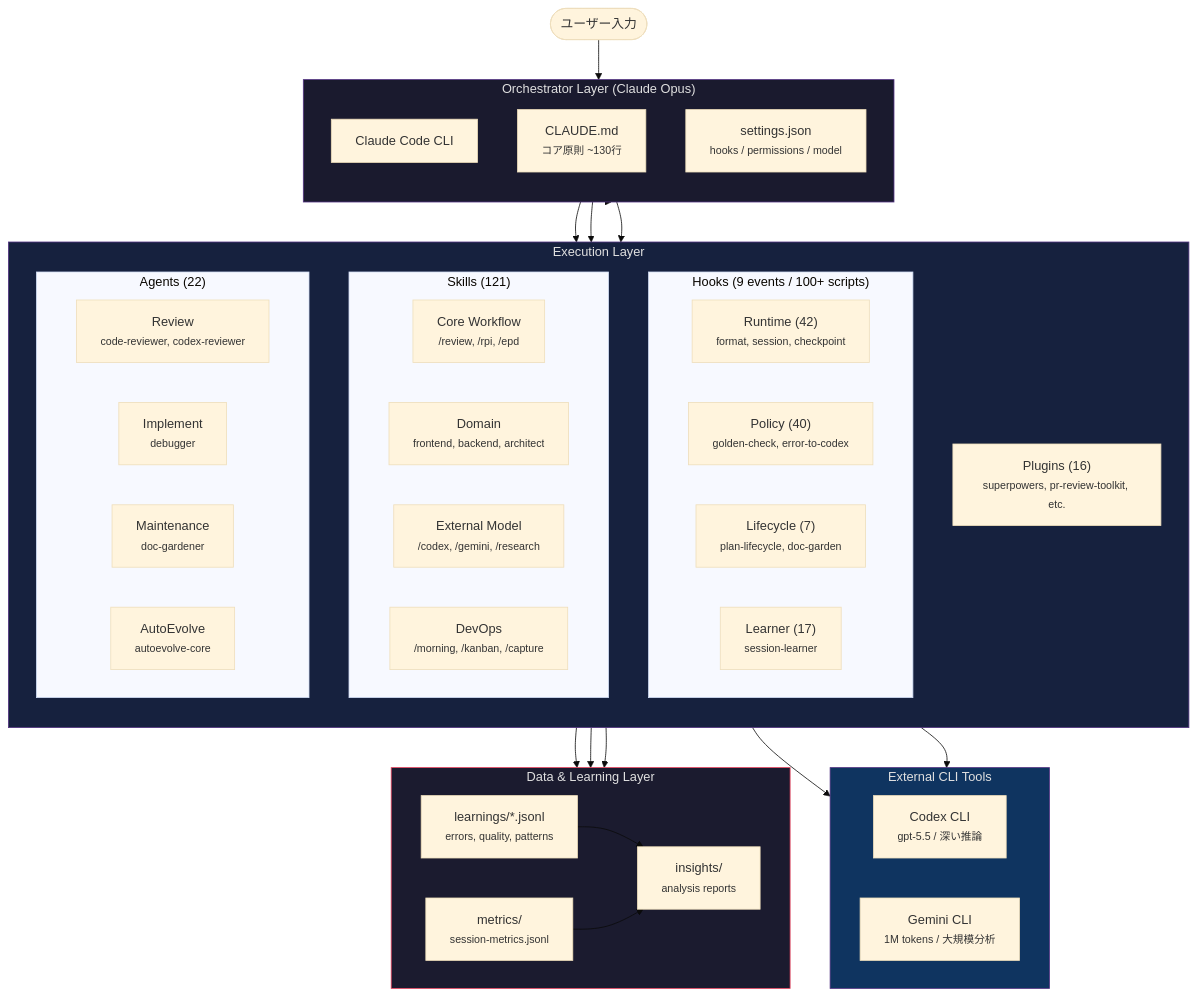
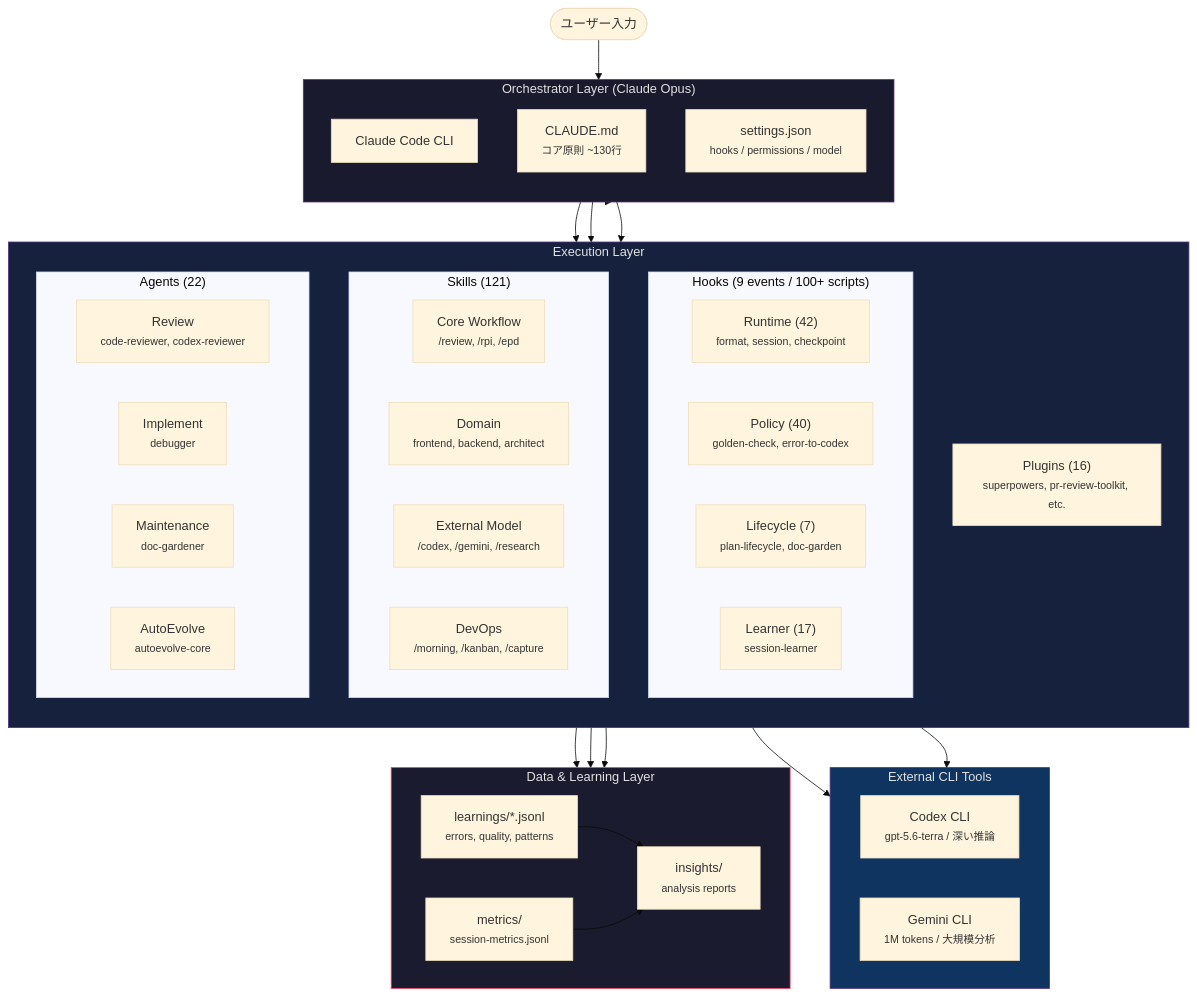
The first of 3 diagrams in .config/claude/README.md (takeuchi-shogo/dotfiles), drawn with Mermaid (base theme) before and after one commit. The commit also changed other lines of this file and 50 other files, not shown here.

````diff
--- a/.config/claude/README.md
+++ b/.config/claude/README.md
@@ -28,71 +28,71 @@
 ```mermaid
 graph TB
     User([ユーザー入力])
 
     subgraph orchestrator["Orchestrator Layer (Claude Opus)"]
         direction TB
         CC[Claude Code CLI]
         CLAUDE_MD["CLAUDE.md<br><small>コア原則 ~130行</small>"]
         SETTINGS["settings.json<br><small>hooks / permissions / model</small>"]
     end
 
     subgraph execution["Execution Layer"]
         direction TB
         subgraph hooks_box["Hooks (9 events / 100+ scripts)"]
             direction LR
             H_RT["Runtime (42)<br><small>format, session, checkpoint</small>"]
             H_PO["Policy (40)<br><small>golden-check, error-to-codex</small>"]
             H_LC["Lifecycle (7)<br><small>plan-lifecycle, doc-garden</small>"]
             H_LR["Learner (17)<br><small>session-learner</small>"]
         end
 
         subgraph skills_box["Skills (121)"]
             direction LR
             SK_CORE["Core Workflow<br><small>/review, /rpi, /epd</small>"]
             SK_DOMAIN["Domain<br><small>frontend, backend, architect</small>"]
             SK_EXT["External Model<br><small>/codex, /gemini, /research</small>"]
             SK_OPS["DevOps<br><small>/morning, /kanban, /capture</small>"]
         end
 
         subgraph agents_box["Agents (22)"]
             direction LR
             AG_REV["Review<br><small>code-reviewer, codex-reviewer</small>"]
             AG_IMPL["Implement<br><small>debugger</small>"]
             AG_MAINT["Maintenance<br><small>doc-gardener</small>"]
             AG_EVOLVE["AutoEvolve<br><small>autoevolve-core</small>"]
         end
 
         PLUGINS["Plugins (16)<br><small>superpowers, pr-review-toolkit, etc.</small>"]
     end
 
     subgraph external["External CLI Tools"]
         direction LR
-        CODEX["Codex CLI<br><small>gpt-5.5 / 深い推論</small>"]
+        CODEX["Codex CLI<br><small>gpt-5.6-terra / 深い推論</small>"]
         GEMINI["Gemini CLI<br><small>1M tokens / 大規模分析</small>"]
     end
 
     subgraph data["Data & Learning Layer"]
         direction LR
         LEARNINGS["learnings/*.jsonl<br><small>errors, quality, patterns</small>"]
         METRICS["metrics/<br><small>session-metrics.jsonl</small>"]
         INSIGHTS["insights/<br><small>analysis reports</small>"]
     end
 
     User --> CC
     CC --> hooks_box
     CC --> skills_box
     CC --> agents_box
     CC --> PLUGINS
     SK_EXT --> CODEX
     SK_EXT --> GEMINI
     AG_EVOLVE --> LEARNINGS
     H_LR --> LEARNINGS
     H_PO --> LEARNINGS
     LEARNINGS --> INSIGHTS
     METRICS --> INSIGHTS
 
     style orchestrator fill:#1a1a2e,stroke:#533483,color:#e0e0e0
     style execution fill:#16213e,stroke:#533483,color:#e0e0e0
     style external fill:#0f3460,stroke:#533483,color:#e0e0e0
     style data fill:#1b1b2f,stroke:#e94560,color:#e0e0e0
 ```
````
